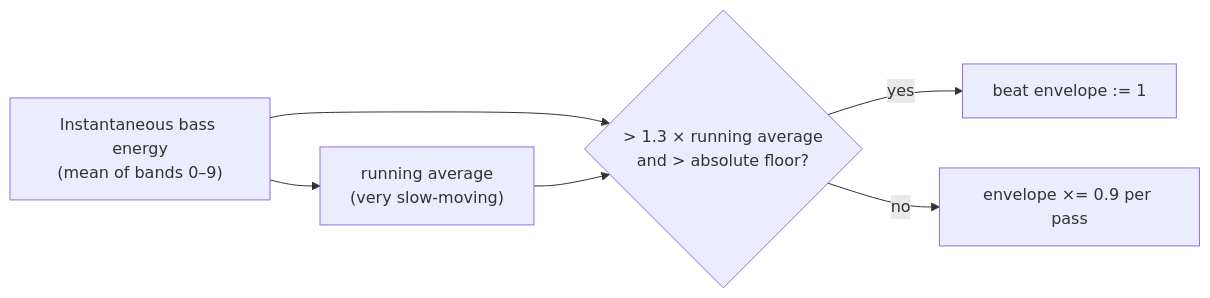
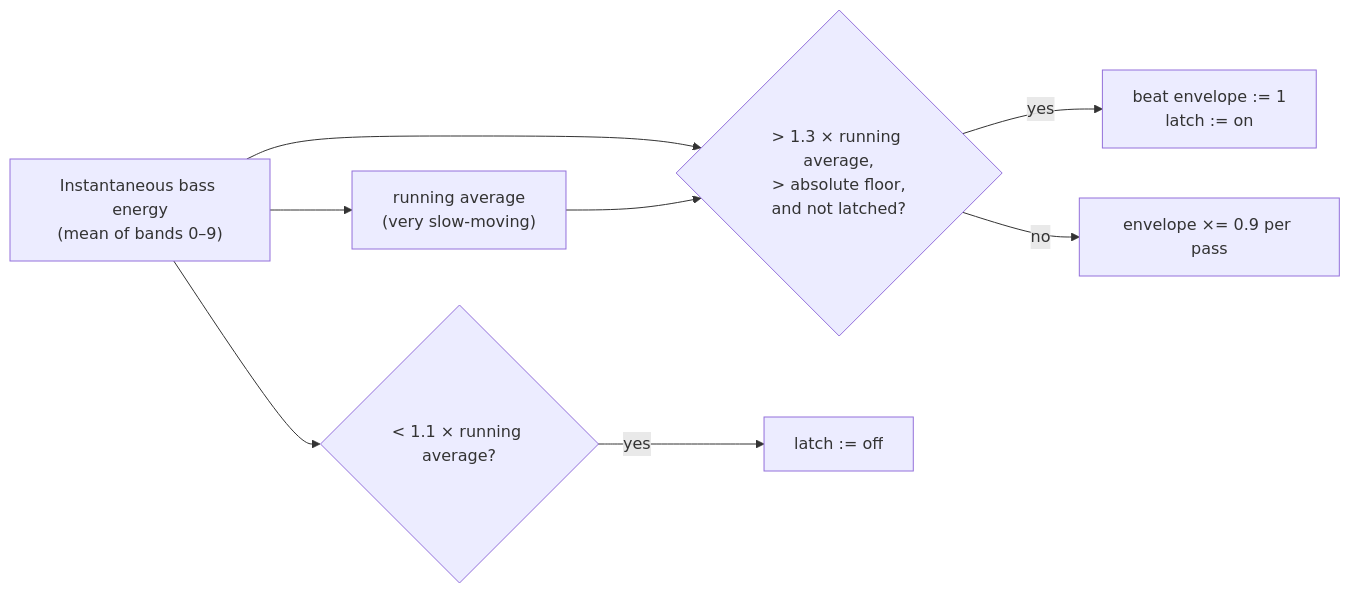
The third of 3 diagrams in docs/audio-pipeline.md (jonjaques/synesthia), drawn with Mermaid before and after one commit. The commit also changed other lines of this file and 18 other files, not shown here.

````diff
--- a/docs/audio-pipeline.md
+++ b/docs/audio-pipeline.md
@@ -154,8 +154,10 @@
 ```mermaid
 flowchart LR
-    E["Instantaneous bass energy<br>(mean of bands 0–9)"] --> CMP{"> 1.3 × running average<br>and > absolute floor?"}
-    CMP -- yes --> SET["beat envelope := 1"]
+    E["Instantaneous bass energy<br>(mean of bands 0–9)"] --> CMP{"> 1.3 × running average,<br>> absolute floor,<br>and not latched?"}
+    CMP -- yes --> SET["beat envelope := 1<br>latch := on"]
     CMP -- no --> DECAY["envelope ×= 0.9 per pass"]
+    E --> REL{"< 1.1 × running average?"}
+    REL -- yes --> UNLATCH["latch := off"]
     E --> AVG["running average<br>(very slow-moving)"]
     AVG --> CMP
 ```
````
